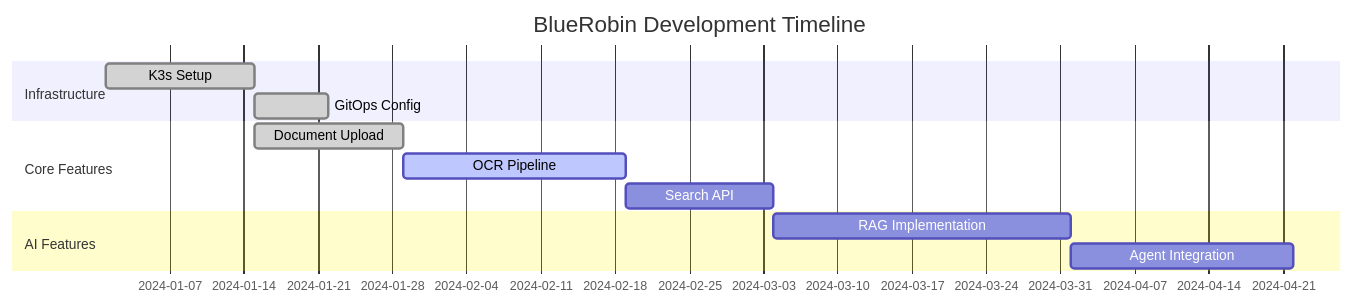
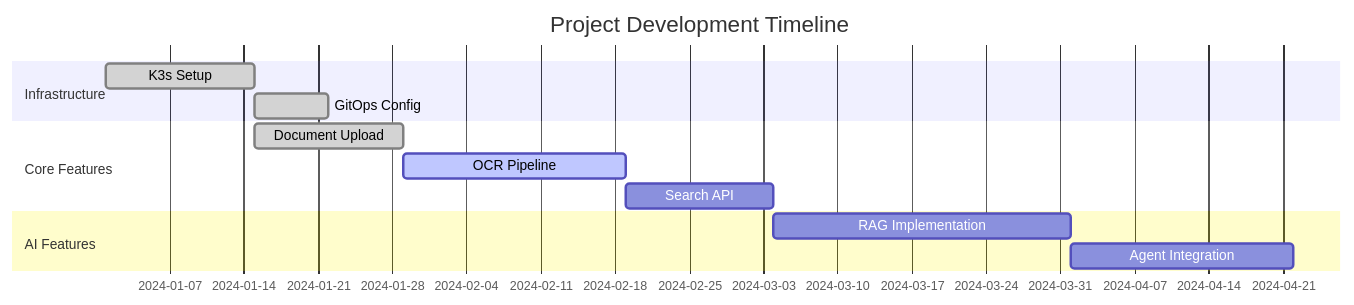
One commit to viktorrobin/bluerobin-blog changed diagram 12 of 16 in src/content/blog/mermaid-diagrams-technical-documentation.mdx. Above: the diagram before and after it, drawn with Mermaid. The commit also changed other lines of this file and 111 other files, not shown here.

````diff
--- a/src/content/blog/mermaid-diagrams-technical-documentation.mdx
+++ b/src/content/blog/mermaid-diagrams-technical-documentation.mdx
@@ -311,18 +311,18 @@
 ```mermaid
 gantt
-    title BlueRobin Development Timeline
+    title Project Development Timeline
     dateFormat YYYY-MM-DD
     
     section Infrastructure
     K3s Setup           :done, infra1, 2024-01-01, 14d
     GitOps Config       :done, infra2, after infra1, 7d
     
     section Core Features
     Document Upload     :done, core1, 2024-01-15, 14d
     OCR Pipeline        :active, core2, after core1, 21d
     Search API          :core3, after core2, 14d
     
     section AI Features
     RAG Implementation  :ai1, after core3, 28d
     Agent Integration   :ai2, after ai1, 21d
 ```
````
